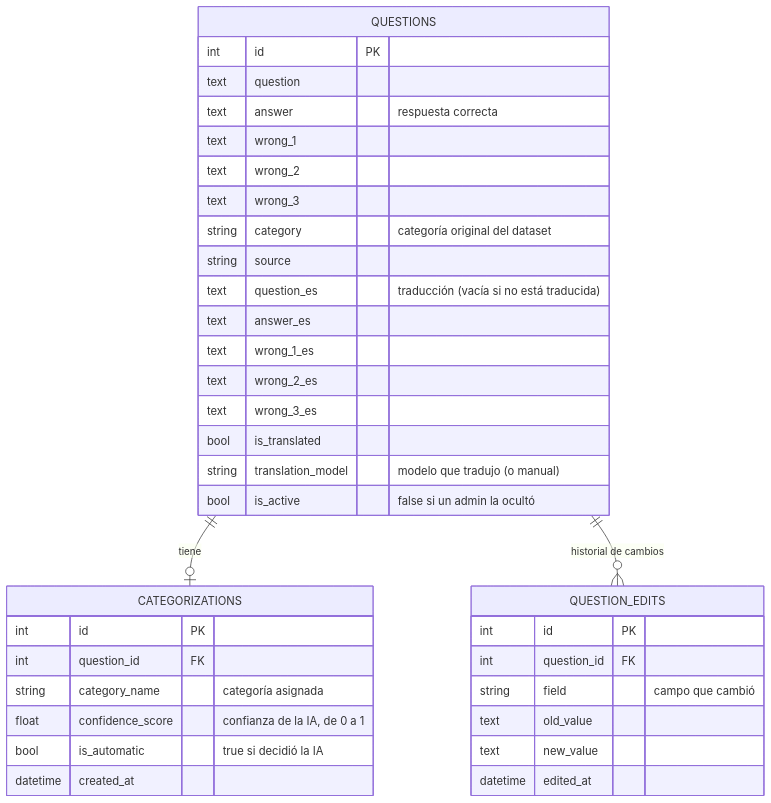
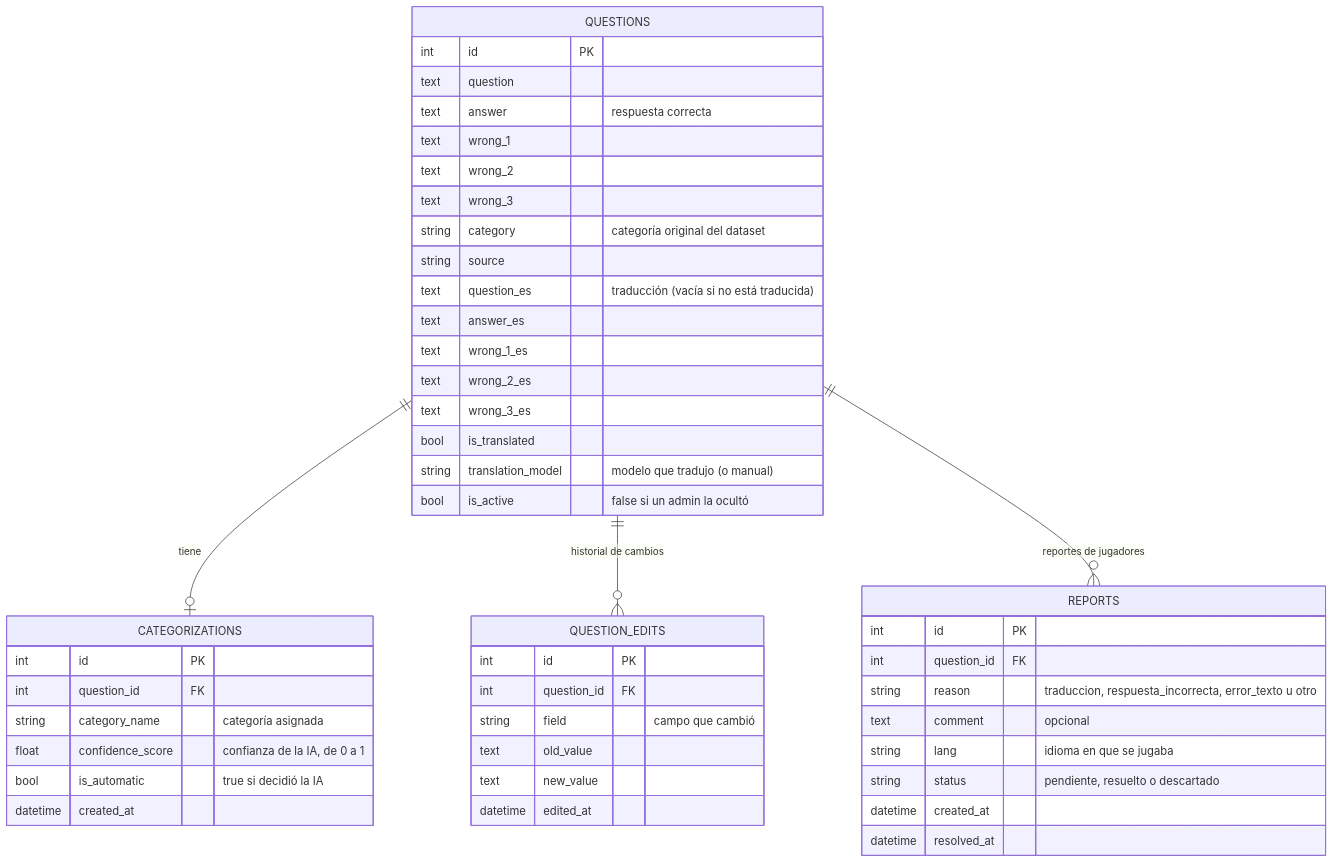
Before and after one commit to Aetther/Prac-I-Prac-Prof-II-CDIA: the second of 4 diagrams in README.md, drawn with Mermaid. The commit also changed other lines of this file and 9 other files, not shown here.

Commit message:
Reportes: los jugadores reportan errores y el admin los revisa

````diff
--- a/README.md
+++ b/README.md
@@ -169,39 +172,50 @@
 ```mermaid
 erDiagram
     QUESTIONS ||--o| CATEGORIZATIONS : tiene
     QUESTIONS ||--o{ QUESTION_EDITS : "historial de cambios"
+    QUESTIONS ||--o{ REPORTS : "reportes de jugadores"
     QUESTIONS {
         int id PK
         text question
         text answer "respuesta correcta"
         text wrong_1
         text wrong_2
         text wrong_3
         string category "categoría original del dataset"
         string source
         text question_es "traducción (vacía si no está traducida)"
         text answer_es
         text wrong_1_es
         text wrong_2_es
         text wrong_3_es
         bool is_translated
         string translation_model "modelo que tradujo (o manual)"
         bool is_active "false si un admin la ocultó"
     }
     CATEGORIZATIONS {
         int id PK
         int question_id FK
         string category_name "categoría asignada"
         float confidence_score "confianza de la IA, de 0 a 1"
         bool is_automatic "true si decidió la IA"
         datetime created_at
     }
     QUESTION_EDITS {
         int id PK
         int question_id FK
         string field "campo que cambió"
         text old_value
         text new_value
         datetime edited_at
     }
+    REPORTS {
+        int id PK
+        int question_id FK
+        string reason "traduccion, respuesta_incorrecta, error_texto u otro"
+        text comment "opcional"
+        string lang "idioma en que se jugaba"
+        string status "pendiente, resuelto o descartado"
+        datetime created_at
+        datetime resolved_at
+    }
 ```
````
